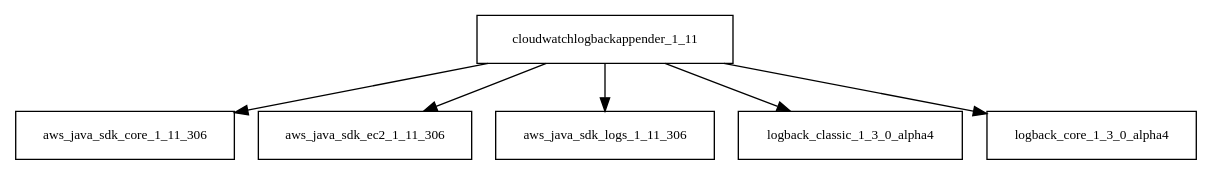
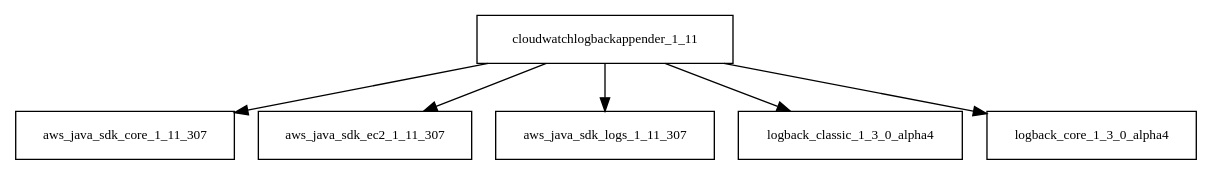
Before and after one commit to sjvs/cia: the diagram in tattleTaleReport/graphviz/cloudwatchlogbackappender-1.11.jar/cloudwatchlogbackappender-1.11.jar.dot, drawn with Graphviz. The commit also changed 1854 other files, not shown here.

```diff
--- a/tattleTaleReport/graphviz/cloudwatchlogbackappender-1.11.jar/cloudwatchlogbackappender-1.11.jar.dot
+++ b/tattleTaleReport/graphviz/cloudwatchlogbackappender-1.11.jar/cloudwatchlogbackappender-1.11.jar.dot
@@ -1,8 +1,8 @@
 digraph cloudwatchlogbackappender_1_11_dependencies {
   node [shape = box, fontsize=10.0];
-  cloudwatchlogbackappender_1_11 -> aws_java_sdk_core_1_11_306;
-  cloudwatchlogbackappender_1_11 -> aws_java_sdk_ec2_1_11_306;
-  cloudwatchlogbackappender_1_11 -> aws_java_sdk_logs_1_11_306;
+  cloudwatchlogbackappender_1_11 -> aws_java_sdk_core_1_11_307;
+  cloudwatchlogbackappender_1_11 -> aws_java_sdk_ec2_1_11_307;
+  cloudwatchlogbackappender_1_11 -> aws_java_sdk_logs_1_11_307;
   cloudwatchlogbackappender_1_11 -> logback_classic_1_3_0_alpha4;
   cloudwatchlogbackappender_1_11 -> logback_core_1_3_0_alpha4;
 }
```
